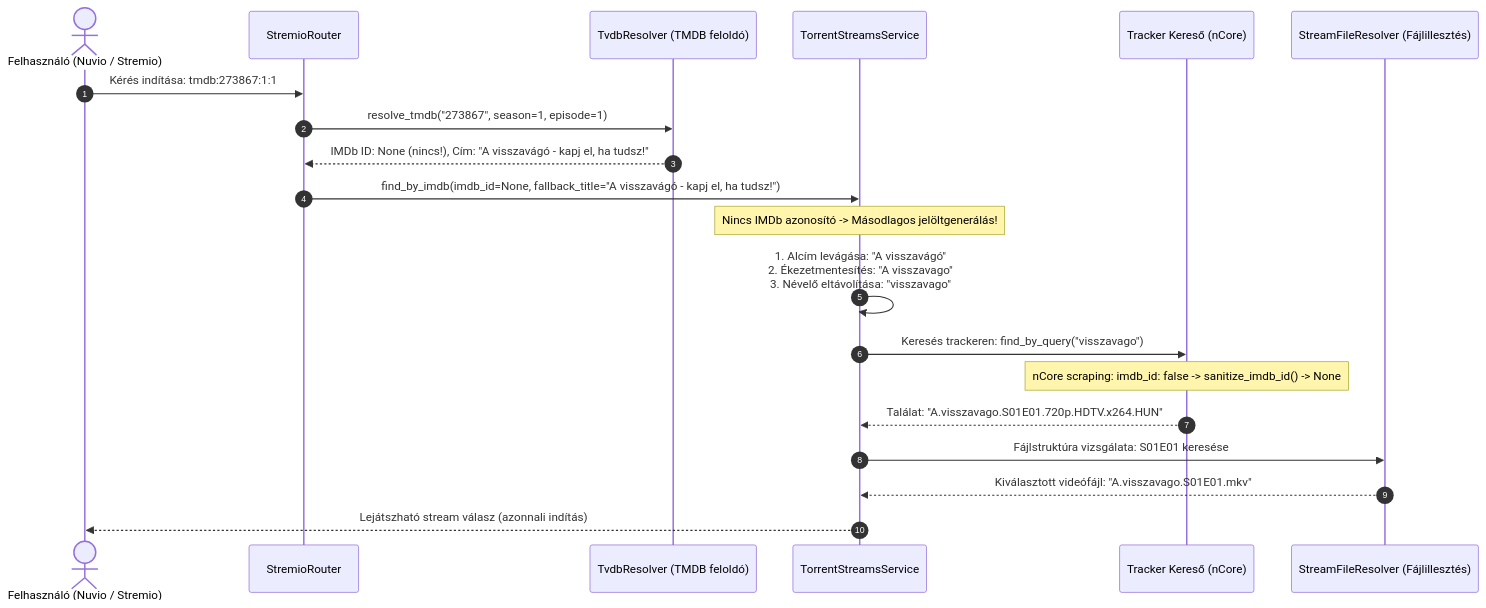
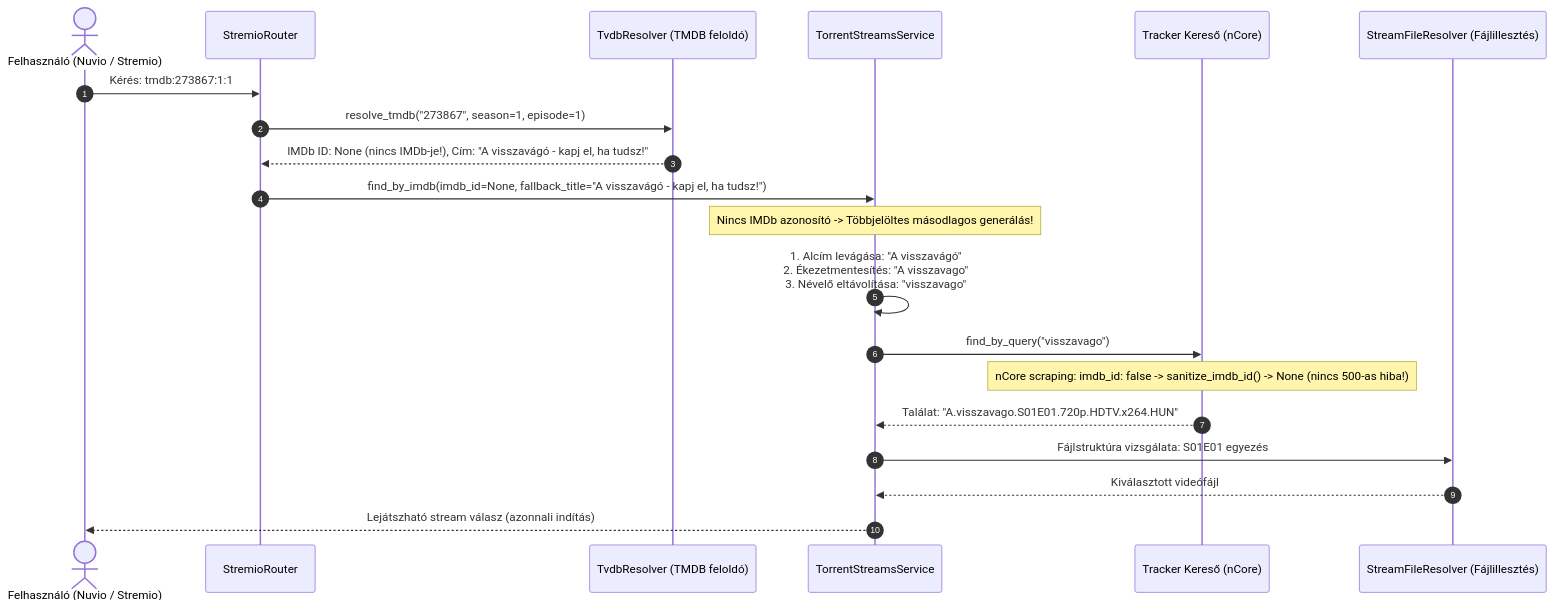
The second of 3 diagrams in README.md (Levfero/stremhu-source-VibeCodedEdition), drawn with Mermaid before and after one commit. The commit also changed other lines of this file, not shown here.

Commit message:
docs: streamline README to focus strictly on search, filter, TMDB, and relevant edge cases

````diff
--- a/README.md
+++ b/README.md
@@ -52,26 +106,26 @@
 ```mermaid
 sequenceDiagram
     autonumber
     actor User as Felhasználó (Nuvio / Stremio)
     participant Router as StremioRouter
     participant TMDB as TvdbResolver (TMDB feloldó)
     participant Service as TorrentStreamsService
     participant Provider as Tracker Kereső (nCore)
     participant Resolver as StreamFileResolver (Fájlillesztés)
 
-    User->>Router: Kérés indítása: tmdb:273867:1:1
+    User->>Router: Kérés: tmdb:273867:1:1
     Router->>TMDB: resolve_tmdb("273867", season=1, episode=1)
-    TMDB-->>Router: IMDb ID: None (nincs!), Cím: "A visszavágó - kapj el, ha tudsz!"
+    TMDB-->>Router: IMDb ID: None (nincs IMDb-je!), Cím: "A visszavágó - kapj el, ha tudsz!"
     Router->>Service: find_by_imdb(imdb_id=None, fallback_title="A visszavágó - kapj el, ha tudsz!")
     
-    Note over Service: Nincs IMDb azonosító -> Másodlagos jelöltgenerálás!
+    Note over Service: Nincs IMDb azonosító -> Többjelöltes másodlagos generálás!
     Service->>Service: 1. Alcím levágása: "A visszavágó"<br/>2. Ékezetmentesítés: "A visszavago"<br/>3. Névelő eltávolítása: "visszavago"
     
-    Service->>Provider: Keresés trackeren: find_by_query("visszavago")
-    Note over Provider: nCore scraping: imdb_id: false -> sanitize_imdb_id() -> None
+    Service->>Provider: find_by_query("visszavago")
+    Note over Provider: nCore scraping: imdb_id: false -> sanitize_imdb_id() -> None (nincs 500-as hiba!)
     Provider-->>Service: Találat: "A.visszavago.S01E01.720p.HDTV.x264.HUN"
     
-    Service->>Resolver: Fájlstruktúra vizsgálata: S01E01 keresése
-    Resolver-->>Service: Kiválasztott videófájl: "A.visszavago.S01E01.mkv"
+    Service->>Resolver: Fájlstruktúra vizsgálata: S01E01 egyezés
+    Resolver-->>Service: Kiválasztott videófájl
     Service-->>User: Lejátszható stream válasz (azonnali indítás)
 ```
````
